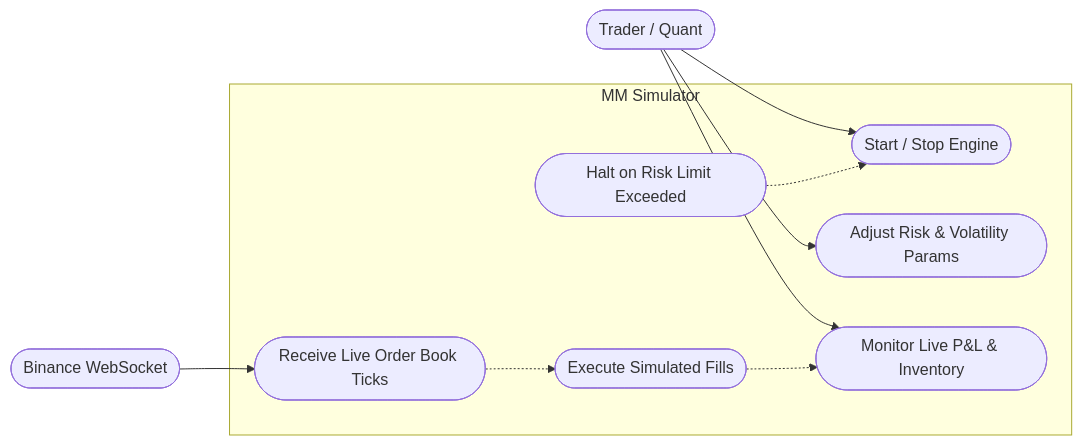
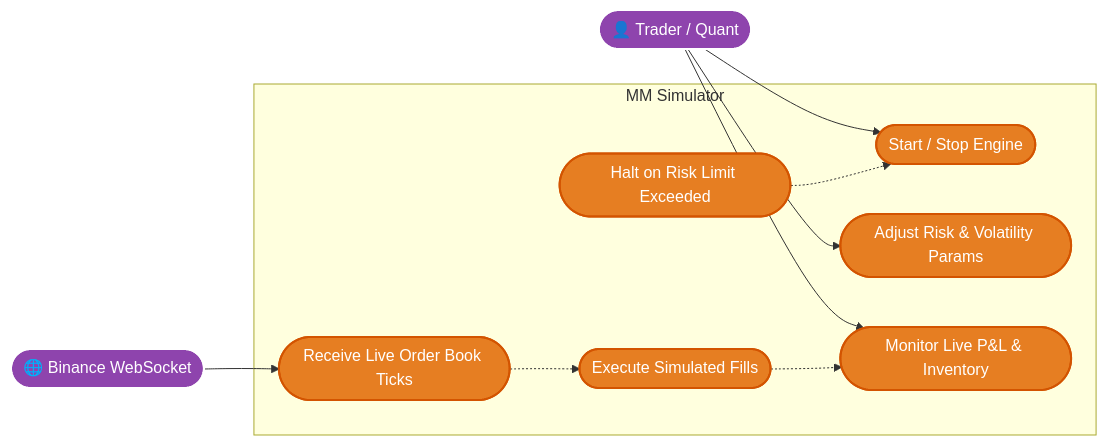
One commit to Youngmaster0304/trading-bot-project changed the second of 3 diagrams in README.md. Above: the diagram before and after it, drawn with Mermaid. The commit also changed other lines of this file, not shown here.

First line of the commit message:
Add emojis to architecture and use case diagrams

````diff
--- a/README.md
+++ b/README.md
@@ -89,23 +94,27 @@
 ```mermaid
 flowchart LR
-    User([Trader / Quant])
-    API([Binance WebSocket])
+    %% Styling
+    classDef actor fill:#8e44ad,stroke:#fff,stroke-width:2px,color:#fff
+    classDef usecase fill:#e67e22,stroke:#d35400,stroke-width:2px,color:#fff
+    
+    User([👤 Trader / Quant]):::actor
+    API([🌐 Binance WebSocket]):::actor
 
     subgraph MM Simulator
-        UC1([Start / Stop Engine])
-        UC2([Adjust Risk & Volatility Params])
-        UC3([Monitor Live P&L & Inventory])
-        UC4([Receive Live Order Book Ticks])
-        UC5([Execute Simulated Fills])
-        UC6([Halt on Risk Limit Exceeded])
+        UC1([Start / Stop Engine]):::usecase
+        UC2([Adjust Risk & Volatility Params]):::usecase
+        UC3([Monitor Live P&L & Inventory]):::usecase
+        UC4([Receive Live Order Book Ticks]):::usecase
+        UC5([Execute Simulated Fills]):::usecase
+        UC6([Halt on Risk Limit Exceeded]):::usecase
     end
 
     User --> UC1
     User --> UC2
     User --> UC3
     
     API --> UC4
     UC4 -.-> UC5
     UC5 -.-> UC3
     UC6 -.-> UC1
 ```
````
